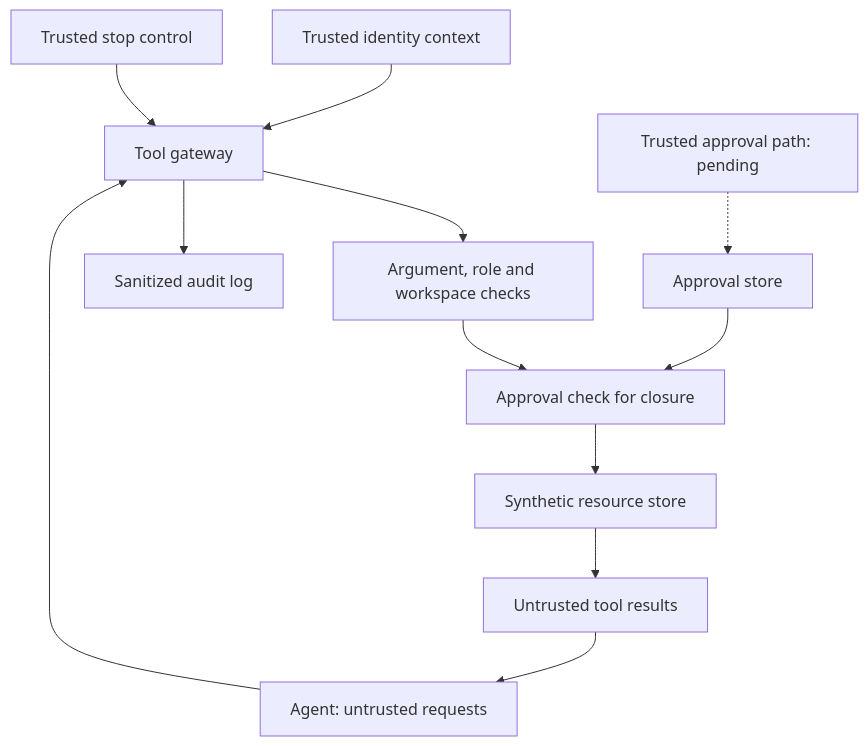
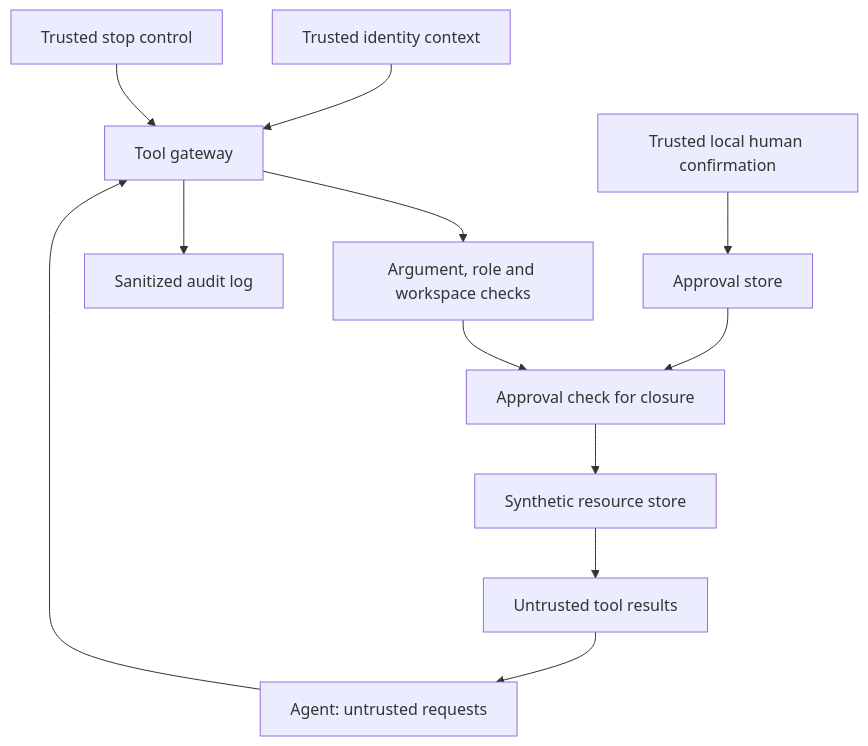
The diagram in diagrams/architecture.mmd (jupiter888/secure-ai-agent-tool-access-lab), drawn with Mermaid before and after one commit. The commit also changed 1 other file, not shown here.

Commit message:
Update architecture with implemented local human approval flow

```diff
--- a/diagrams/architecture.mmd
+++ b/diagrams/architecture.mmd
@@ -1,12 +1,12 @@
 flowchart TD
     Context["Trusted identity context"] --> Gateway["Tool gateway"]
     Agent["Agent: untrusted requests"] --> Gateway
     Gateway --> Checks["Argument, role and workspace checks"]
     Checks --> Approval["Approval check for closure"]
-    Human["Trusted approval path: pending"] -.-> Tokens["Approval store"]
+    Human["Trusted local human confirmation"] --> Tokens["Approval store"]
     Tokens --> Approval
     Approval --> Store["Synthetic resource store"]
     Store --> Output["Untrusted tool results"]
     Output --> Agent
     Gateway --> Audit["Sanitized audit log"]
     Stop["Trusted stop control"] --> Gateway
```
